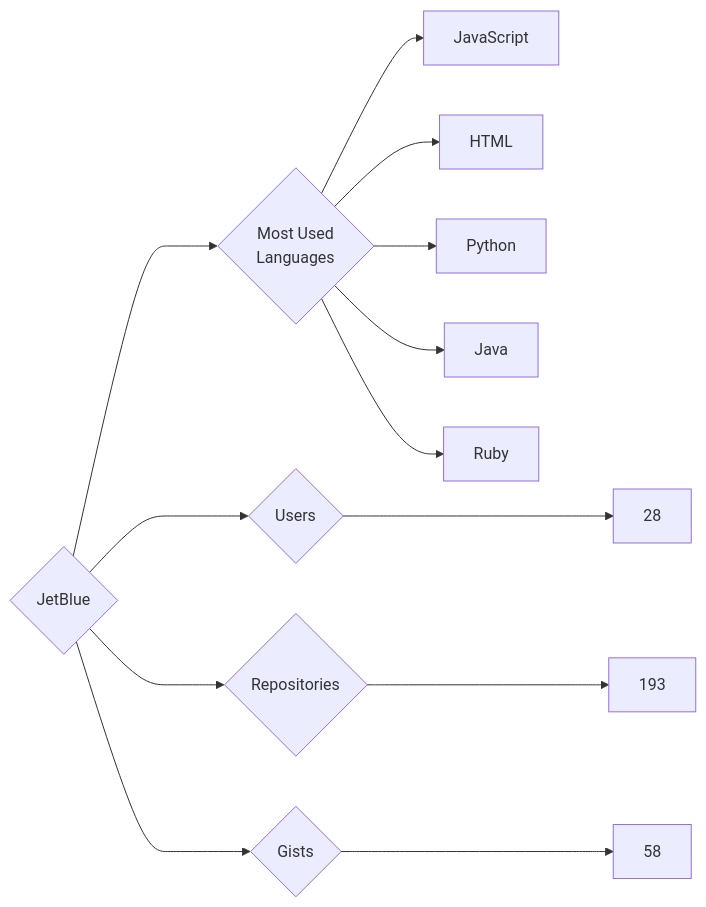
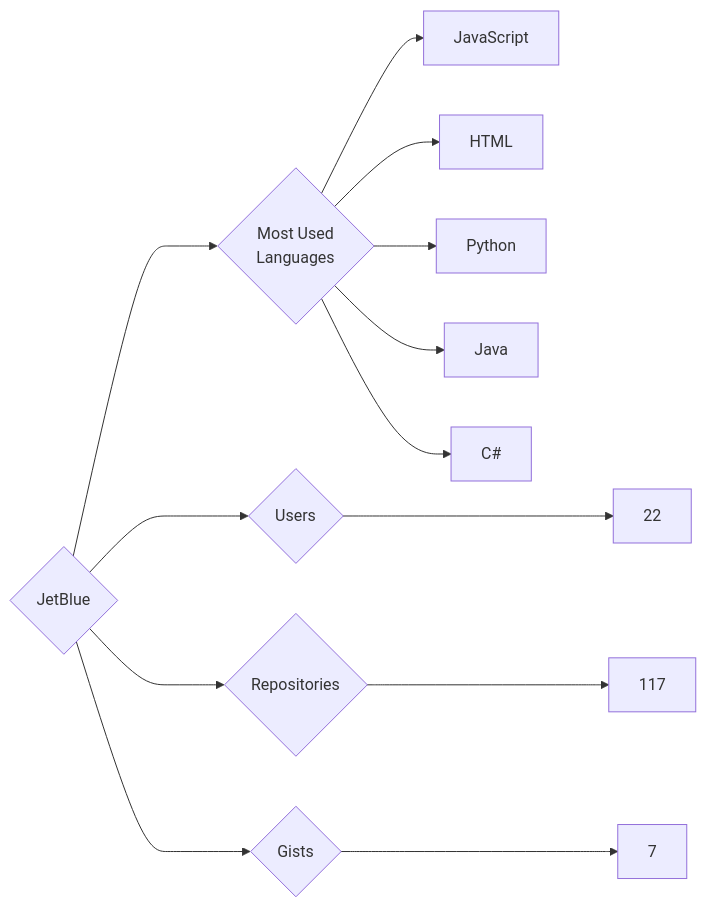
One commit to trickest/insiders changed the diagram in targets/JetBlue/README.md. Above: the diagram before and after it, drawn with Mermaid. The commit also changed 721 other files, not shown here.

````diff
--- a/targets/JetBlue/README.md
+++ b/targets/JetBlue/README.md
@@ -3,13 +3,13 @@
 ```mermaid
 graph LR
 COMPANY_NAME{JetBlue}
-COMPANY_NAME ---> U{Users} ---> UN[28]
-COMPANY_NAME ---> R{Repositories} ---> RN[193]
-COMPANY_NAME ---> G{Gists} ---> GN[58]
+COMPANY_NAME ---> U{Users} ---> UN[22]
+COMPANY_NAME ---> R{Repositories} ---> RN[117]
+COMPANY_NAME ---> G{Gists} ---> GN[7]
 COMPANY_NAME ---> ML{Most Used<br>Languages}
 ML --> JavaScript[JavaScript]
 ML --> HTML[HTML]
 ML --> Python[Python]
 ML --> Java[Java]
-ML --> Ruby[Ruby]
+ML --> C#[C#]
 ```
````
